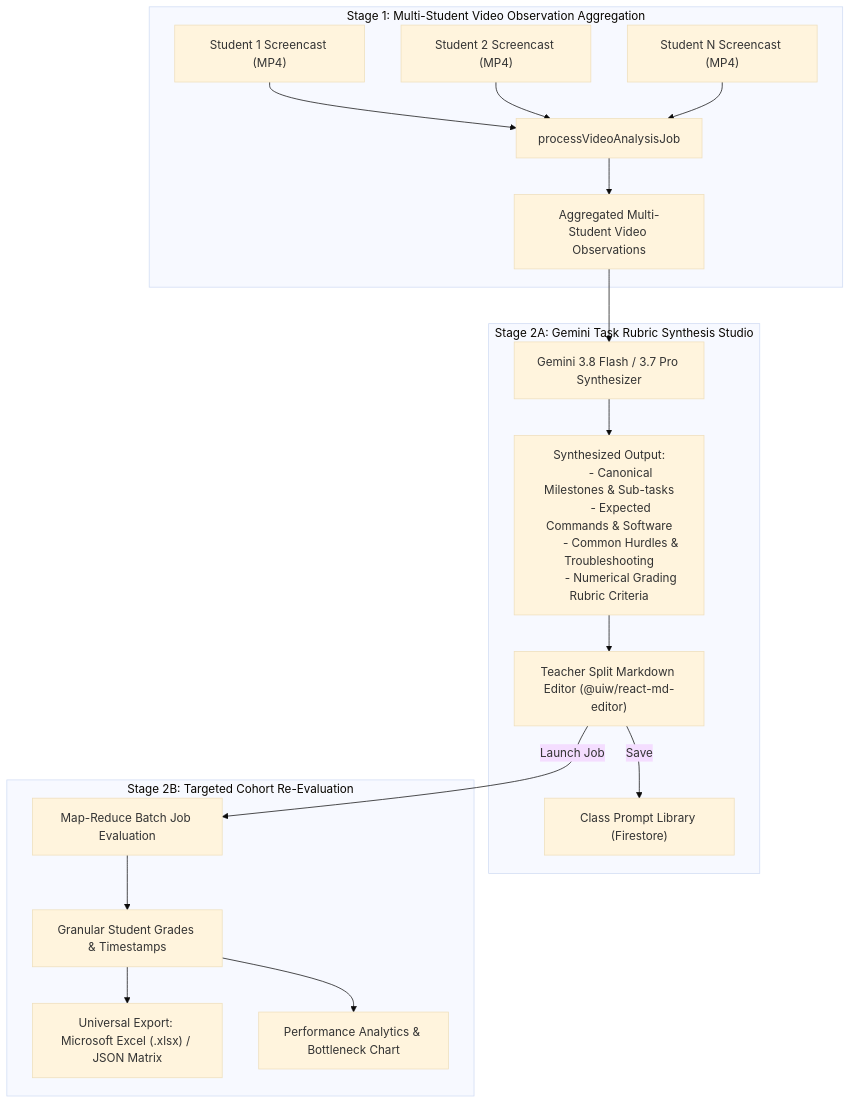
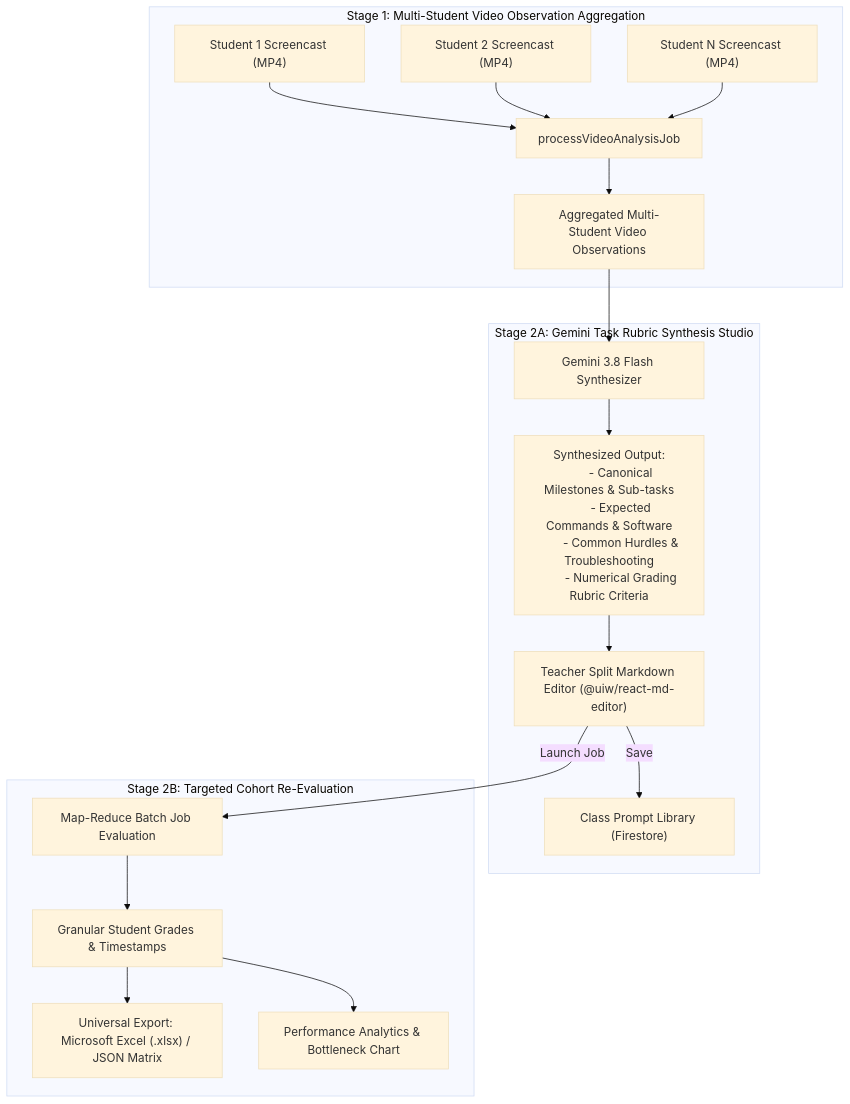
Before and after one commit to wongcyrus/Google-AI-Classroom: the fifth of 6 diagrams in docs/user-manual-teacher.md, drawn with Mermaid (base theme). The commit also changed other lines of this file and 25 other files, not shown here.

````diff
--- a/docs/user-manual-teacher.md
+++ b/docs/user-manual-teacher.md
@@ -797,27 +796,27 @@
 ```mermaid
 flowchart TD
     subgraph Stage1 ["Stage 1: Multi-Student Video Observation Aggregation"]
         V1["Student 1 Screencast (MP4)"] --> MAP["processVideoAnalysisJob"]
         V2["Student 2 Screencast (MP4)"] --> MAP
         V3["Student N Screencast (MP4)"] --> MAP
         MAP --> OBS["Aggregated Multi-Student Video Observations"]
     end
 
     subgraph Synthesis ["Stage 2A: Gemini Task Rubric Synthesis Studio"]
-        OBS --> G38["Gemini 3.8 Flash / 3.7 Pro Synthesizer"]
+        OBS --> G38["Gemini 3.8 Flash Synthesizer"]
         G38 --> SYN["Synthesized Output:
         - Canonical Milestones & Sub-tasks
         - Expected Commands & Software
         - Common Hurdles & Troubleshooting
         - Numerical Grading Rubric Criteria"]
         SYN --> EDIT["Teacher Split Markdown Editor (@uiw/react-md-editor)"]
         EDIT -->|Save| LIB["Class Prompt Library (Firestore)"]
     end
 
     subgraph BatchEval ["Stage 2B: Targeted Cohort Re-Evaluation"]
         EDIT -->|Launch Job| BATCH["Map-Reduce Batch Job Evaluation"]
         BATCH --> SCORES["Granular Student Grades & Timestamps"]
         SCORES --> EXP["Universal Export: Microsoft Excel (.xlsx) / JSON Matrix"]
         SCORES --> PERF["Performance Analytics & Bottleneck Chart"]
     end
 ```
````
